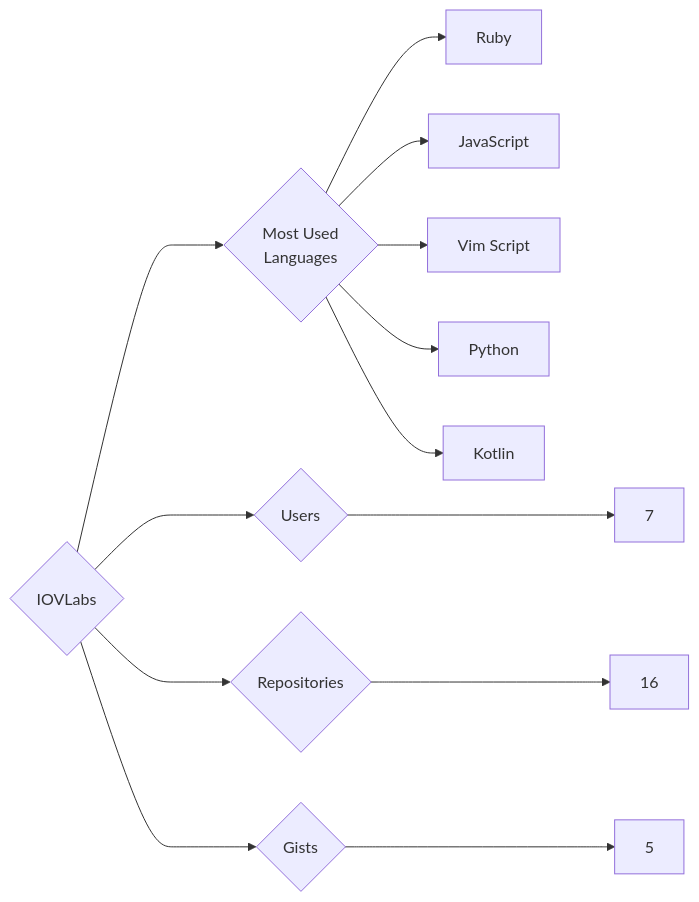
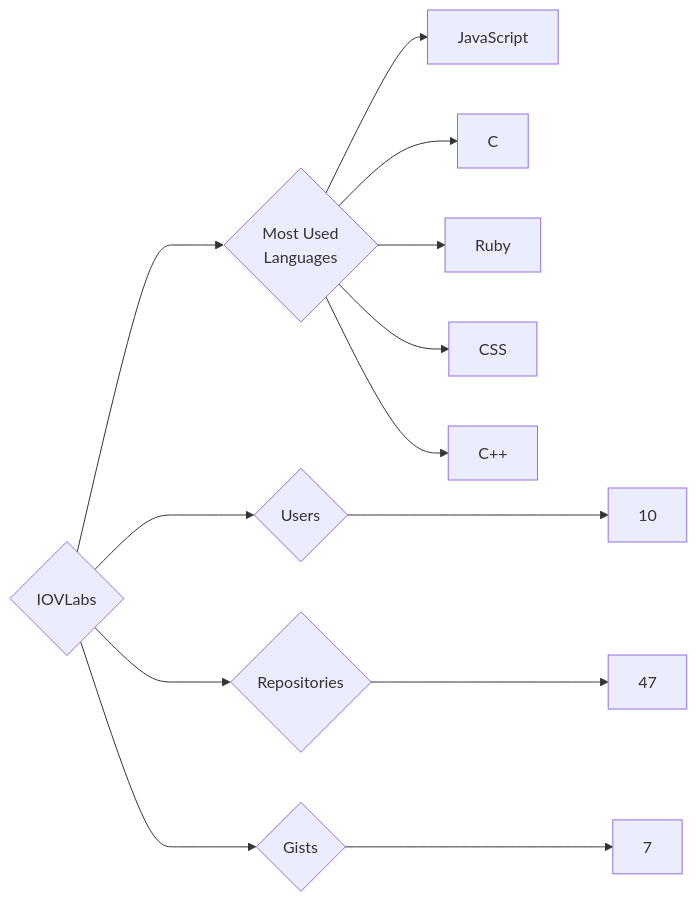
Before and after one commit to trickest/insiders: the diagram in targets/IOVLabs/README.md, drawn with Mermaid. The commit also changed 997 other files, not shown here.

````diff
--- a/targets/IOVLabs/README.md
+++ b/targets/IOVLabs/README.md
@@ -3,13 +3,13 @@
 ```mermaid
 graph LR
 COMPANY_NAME{IOVLabs}
-COMPANY_NAME ---> U{Users} ---> UN[7]
-COMPANY_NAME ---> R{Repositories} ---> RN[16]
-COMPANY_NAME ---> G{Gists} ---> GN[5]
+COMPANY_NAME ---> U{Users} ---> UN[10]
+COMPANY_NAME ---> R{Repositories} ---> RN[47]
+COMPANY_NAME ---> G{Gists} ---> GN[7]
 COMPANY_NAME ---> ML{Most Used<br>Languages}
+ML --> JavaScript[JavaScript]
+ML --> C[C]
 ML --> Ruby[Ruby]
-ML --> JavaScript[JavaScript]
-ML --> Vim_Script[Vim Script]
-ML --> Python[Python]
-ML --> Kotlin[Kotlin]
+ML --> CSS[CSS]
+ML --> C++[C++]
 ```
````
